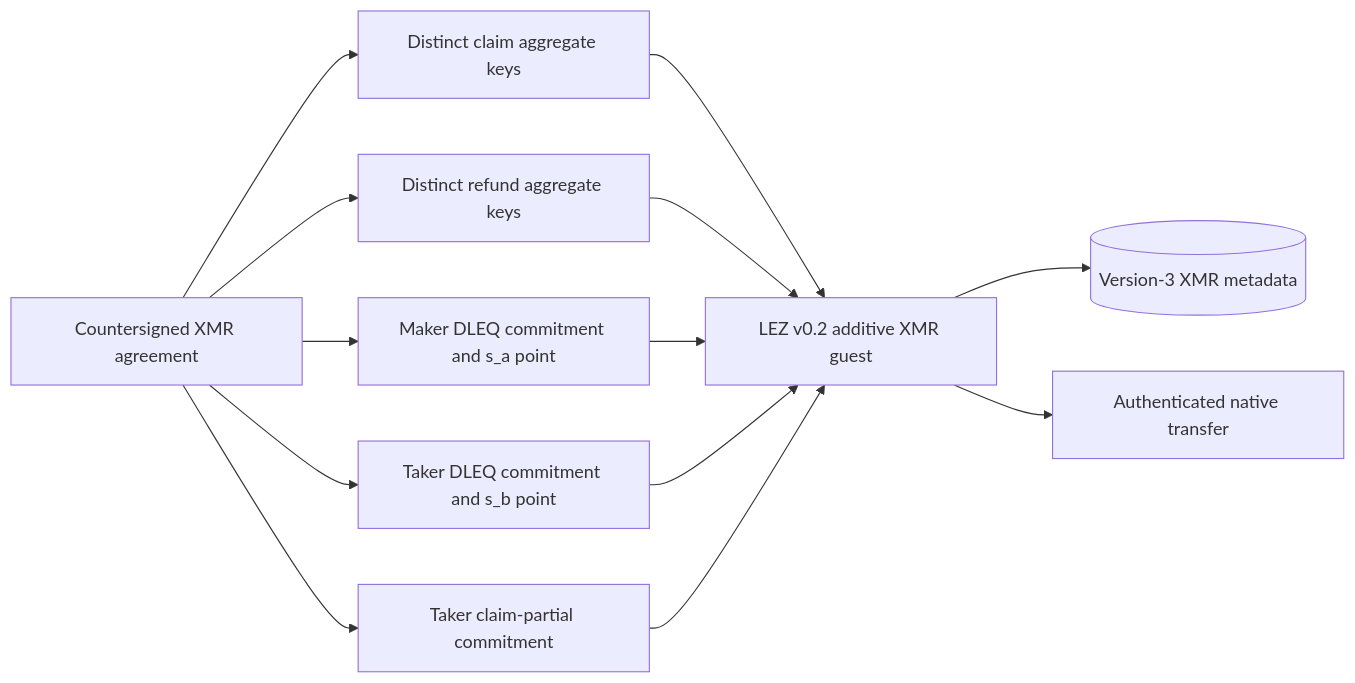
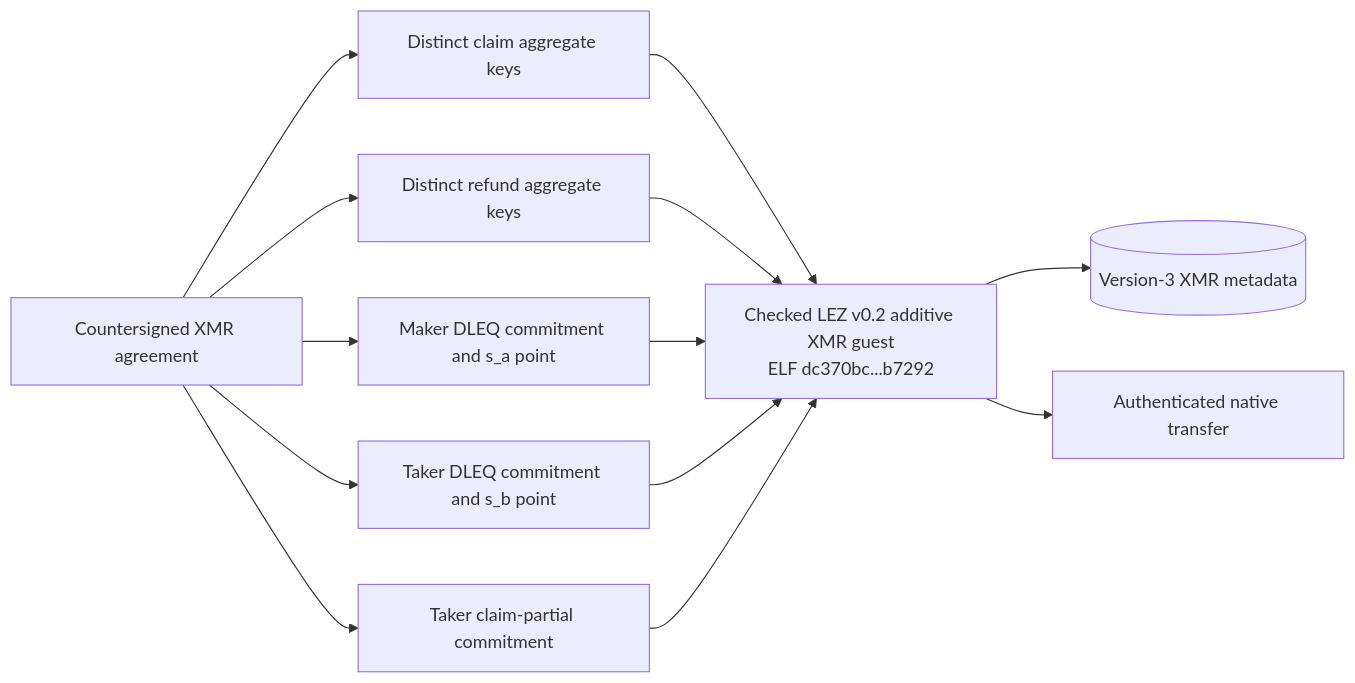
Before and after one commit to gateway-fm/lez-atomic-swaps: the first of 2 diagrams in docs/architecture/0057-append-xmr-native-escrow-branches.md, drawn with Mermaid. The commit also changed other lines of this file and 19 other files, not shown here.

````diff
--- a/docs/architecture/0057-append-xmr-native-escrow-branches.md
+++ b/docs/architecture/0057-append-xmr-native-escrow-branches.md
@@ -66,25 +68,25 @@
 ```mermaid
 flowchart LR
     Agreement["Countersigned XMR agreement"]
     ClaimKeys["Distinct claim aggregate keys"]
     RefundKeys["Distinct refund aggregate keys"]
     MakerProof["Maker DLEQ commitment and s_a point"]
     TakerProof["Taker DLEQ commitment and s_b point"]
     Partial["Taker claim-partial commitment"]
-    Guest["LEZ v0.2 additive XMR guest"]
+    Guest["Checked LEZ v0.2 additive XMR guest<br/>ELF dc370bc...b7292"]
     Transfer["Authenticated native transfer"]
     Metadata[("Version-3 XMR metadata")]
 
     Agreement --> ClaimKeys
     Agreement --> RefundKeys
     Agreement --> MakerProof
     Agreement --> TakerProof
     Agreement --> Partial
     ClaimKeys --> Guest
     RefundKeys --> Guest
     MakerProof --> Guest
     TakerProof --> Guest
     Partial --> Guest
     Guest --> Metadata
     Guest --> Transfer
 ```
````
